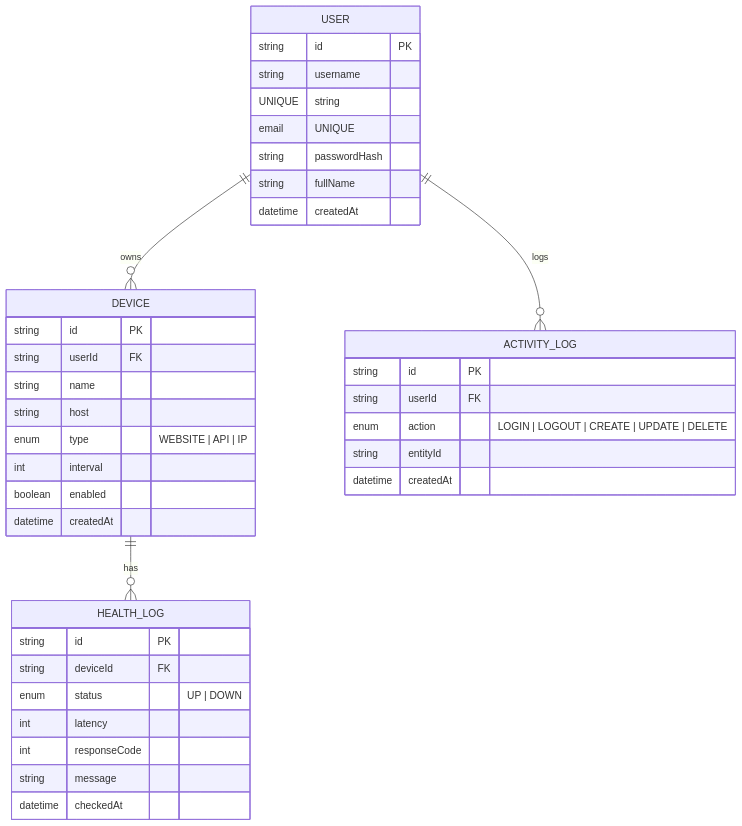
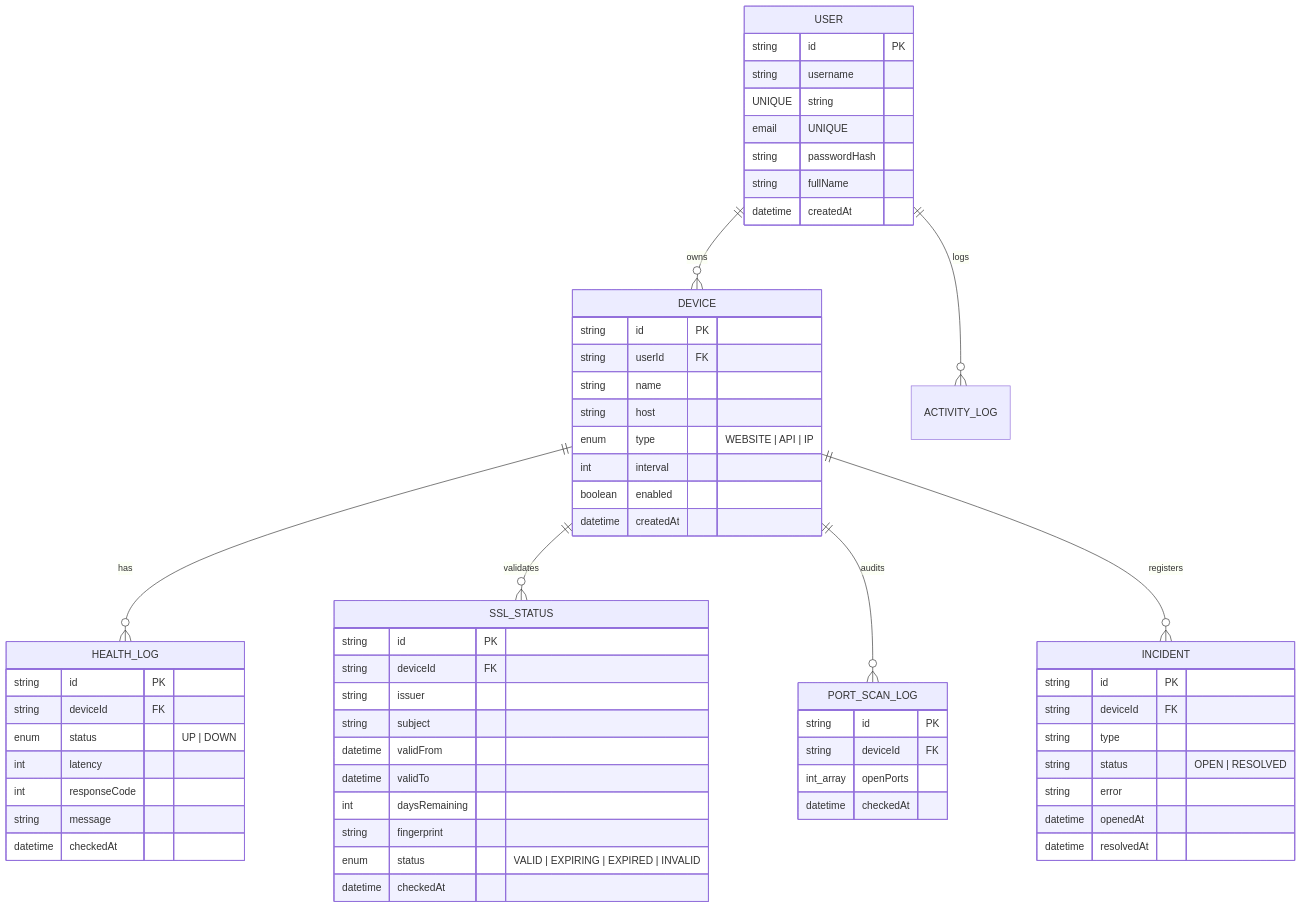
Before and after one commit to DeepakPatel004/NetScope: the second of 2 diagrams in README.md, drawn with Mermaid. The commit also changed other lines of this file and 3 other files, not shown here.

````diff
--- a/README.md
+++ b/README.md
@@ -82,44 +101,69 @@
 ```mermaid
 erDiagram
     USER ||--o{ DEVICE : "owns"
     DEVICE ||--o{ HEALTH_LOG : "has"
+    DEVICE ||--o{ SSL_STATUS : "validates"
+    DEVICE ||--o{ PORT_SCAN_LOG : "audits"
+    DEVICE ||--o{ INCIDENT : "registers"
     USER ||--o{ ACTIVITY_LOG : "logs"
 
     USER {
         string id PK
         string username UNIQUE
         string email UNIQUE
         string passwordHash
         string fullName
         datetime createdAt
     }
 
     DEVICE {
         string id PK
         string userId FK
         string name
         string host
         enum type "WEBSITE | API | IP"
         int interval
         boolean enabled
         datetime createdAt
     }
 
     HEALTH_LOG {
         string id PK
         string deviceId FK
         enum status "UP | DOWN"
         int latency
         int responseCode
         string message
         datetime checkedAt
     }
 
-    ACTIVITY_LOG {
+    SSL_STATUS {
         string id PK
-        string userId FK
-        enum action "LOGIN | LOGOUT | CREATE | UPDATE | DELETE"
-        string entityId
-        datetime createdAt
+        string deviceId FK
+        string issuer
+        string subject
+        datetime validFrom
+        datetime validTo
+        int daysRemaining
+        string fingerprint
+        enum status "VALID | EXPIRING | EXPIRED | INVALID"
+        datetime checkedAt
+    }
+
+    PORT_SCAN_LOG {
+        string id PK
+        string deviceId FK
+        int_array openPorts
+        datetime checkedAt
+    }
+
+    INCIDENT {
+        string id PK
+        string deviceId FK
+        string type
+        string status "OPEN | RESOLVED"
+        string error
+        datetime openedAt
+        datetime resolvedAt
     }
 ```
````
